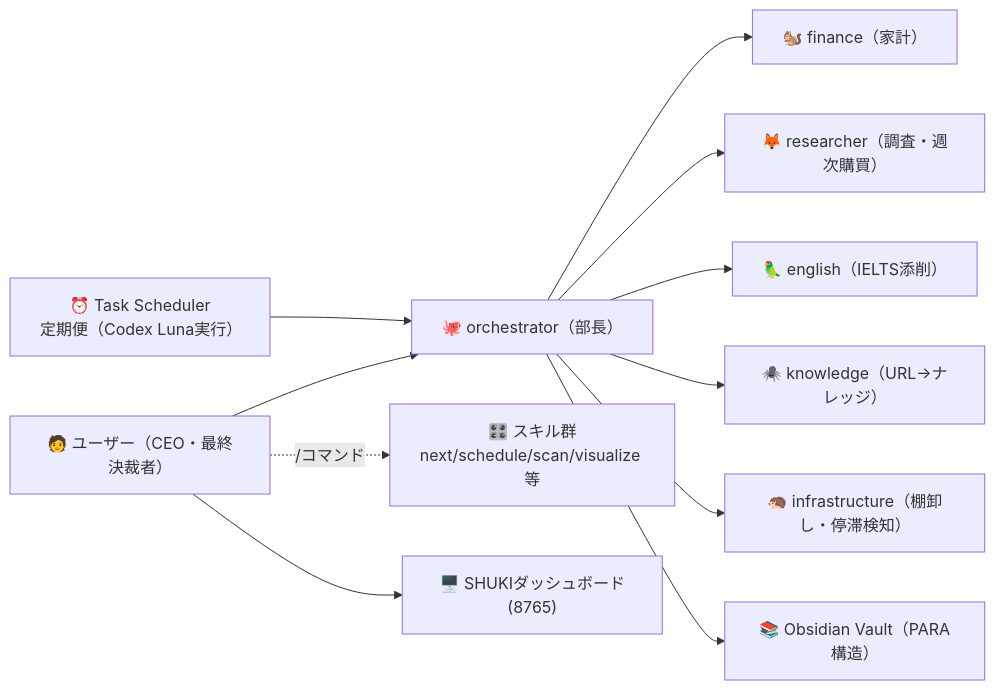
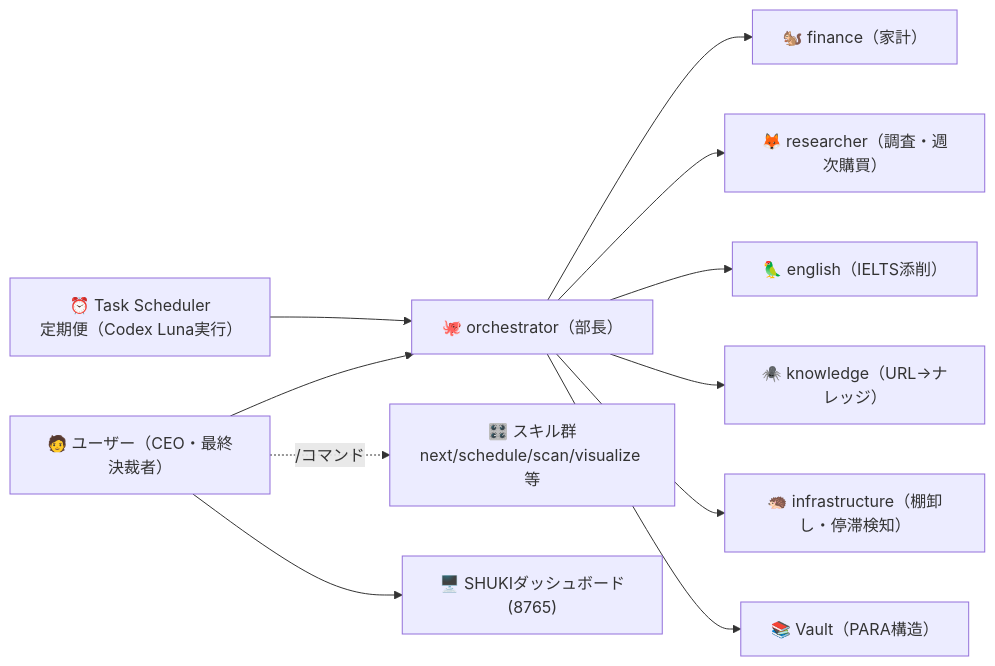
One commit to sflren6741/SHUKI changed the diagram in 00_Intranet/AI運用ルール集（イントラ）/🏢 AI組織図 ＆ RACI.md. Above: the diagram before and after it, drawn with Mermaid. The commit also changed 49 other files, not shown here.

````diff
--- a/00_Intranet/AI運用ルール集（イントラ）/🏢 AI組織図 ＆ RACI.md
+++ b/00_Intranet/AI運用ルール集（イントラ）/🏢 AI組織図 ＆ RACI.md
@@ -31,13 +31,13 @@
 ```mermaid
 flowchart LR
 	Sched["⏰ Task Scheduler<br>定期便（Codex Luna実行）"] --> O["🐙 orchestrator（部長）"]
 	H["🧑 ユーザー（CEO・最終決裁者）"] --> O
 	O --> Fin["🐿️ finance（家計）"]
 	O --> Res["🦊 researcher（調査・週次購買）"]
 	O --> Eng["🦜 english（IELTS添削）"]
 	O --> Kno["🕷️ knowledge（URL→ナレッジ）"]
 	O --> Infra["🦔 infrastructure（棚卸し・停滞検知）"]
-	O --> Vault["📚 Obsidian Vault（PARA構造）"]
+	O --> Vault["📚 Vault（PARA構造）"]
 	H -.->|"/コマンド"| Sk["🎛️ スキル群<br>next/schedule/scan/visualize 等"]
 	H --> Board["🖥️ SHUKIダッシュボード(8765)"]
 ```
````
